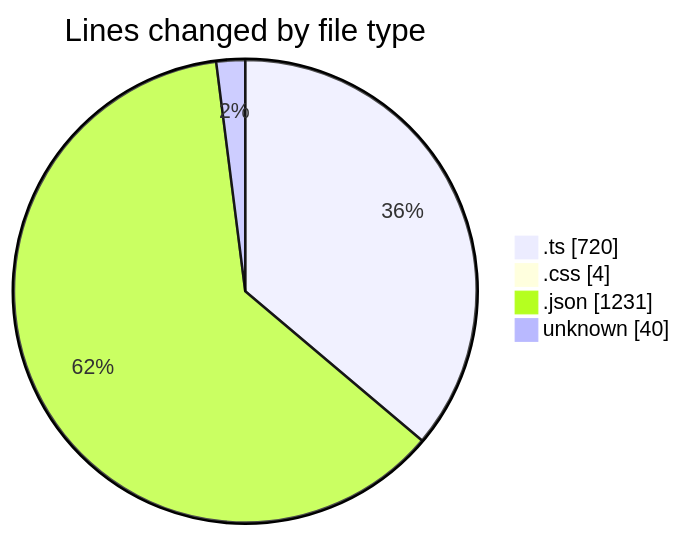
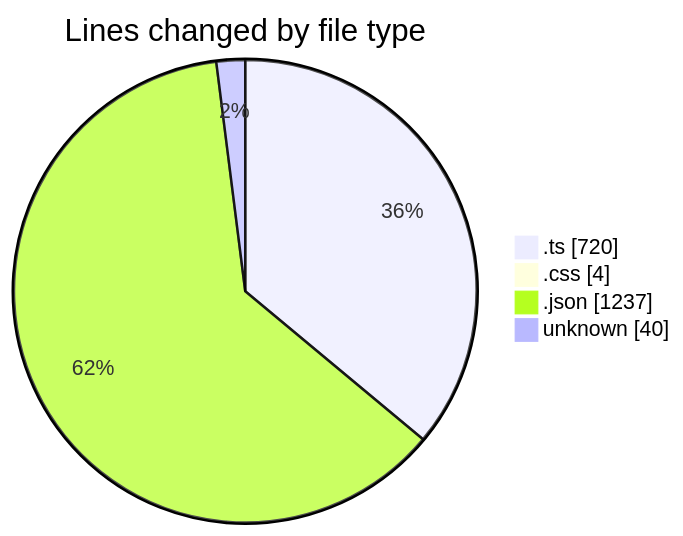
One commit to EIIisD/code-tracking changed the first of 2 diagrams in 2025-07-13/tampermonkey/README.md. Above: the diagram before and after it, drawn with Mermaid. The commit also changed other lines of this file and 1 other file, not shown here.

````diff
--- a/2025-07-13/tampermonkey/README.md
+++ b/2025-07-13/tampermonkey/README.md
@@ -33,8 +33,8 @@
 ```mermaid
 pie showData
 title Lines changed by file type
 ".ts" : 720
 ".css" : 4
-".json" : 1231
+".json" : 1237
 "unknown" : 40
 ```
````
